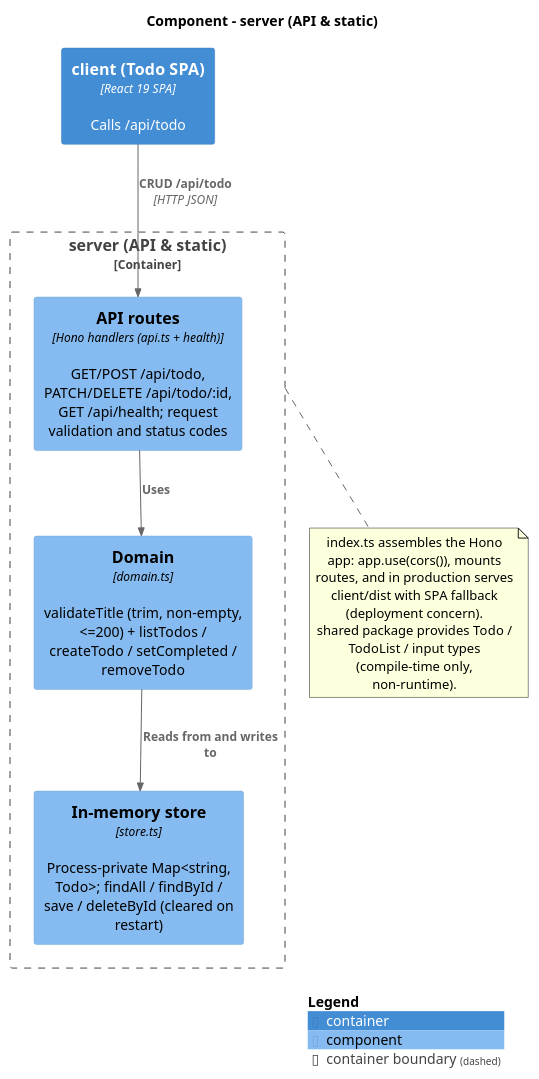
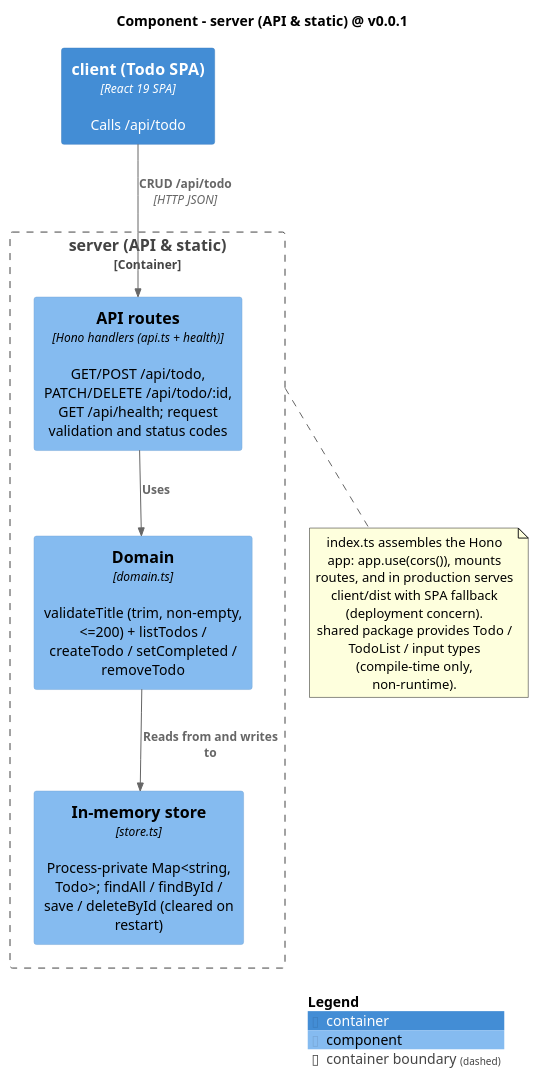
The diagram in docs/architecture/diagrams/03b-component-server.puml (MemoryIt/todo), drawn with PlantUML before and after one commit. The commit also changed 10 other files, not shown here.

Commit message:
docs(diagrams): add the v0.0.1 version anchor to diagram titles

```diff
--- a/docs/architecture/diagrams/03b-component-server.puml
+++ b/docs/architecture/diagrams/03b-component-server.puml
@@ -1,23 +1,23 @@
 @startuml
 !include <C4/C4_Component>
-title Component - server (API & static)
+title Component - server (API & static) @ v0.0.1
 
 Container(client, "client (Todo SPA)", "React 19 SPA", "Calls /api/todo")
 
 Container_Boundary(s, "server (API & static)") {
   Component(api, "API routes", "Hono handlers (api.ts + health)", "GET/POST /api/todo, PATCH/DELETE /api/todo/:id, GET /api/health; request validation and status codes")
   Component(domain, "Domain", "domain.ts", "validateTitle (trim, non-empty, <=200) + listTodos / createTodo / setCompleted / removeTodo")
   Component(store, "In-memory store", "store.ts", "Process-private Map<string, Todo>; findAll / findById / save / deleteById (cleared on restart)")
 }
 
 Rel(client, api, "CRUD /api/todo", "HTTP JSON")
 Rel(api, domain, "Uses")
 Rel(domain, store, "Reads from and writes to")
 
 note bottom of s
   index.ts assembles the Hono app: app.use(cors()), mounts routes, and in production serves client/dist with SPA fallback (deployment concern).
   shared package provides Todo / TodoList / input types (compile-time only, non-runtime).
 end note
 
 SHOW_LEGEND()
 @enduml
```
